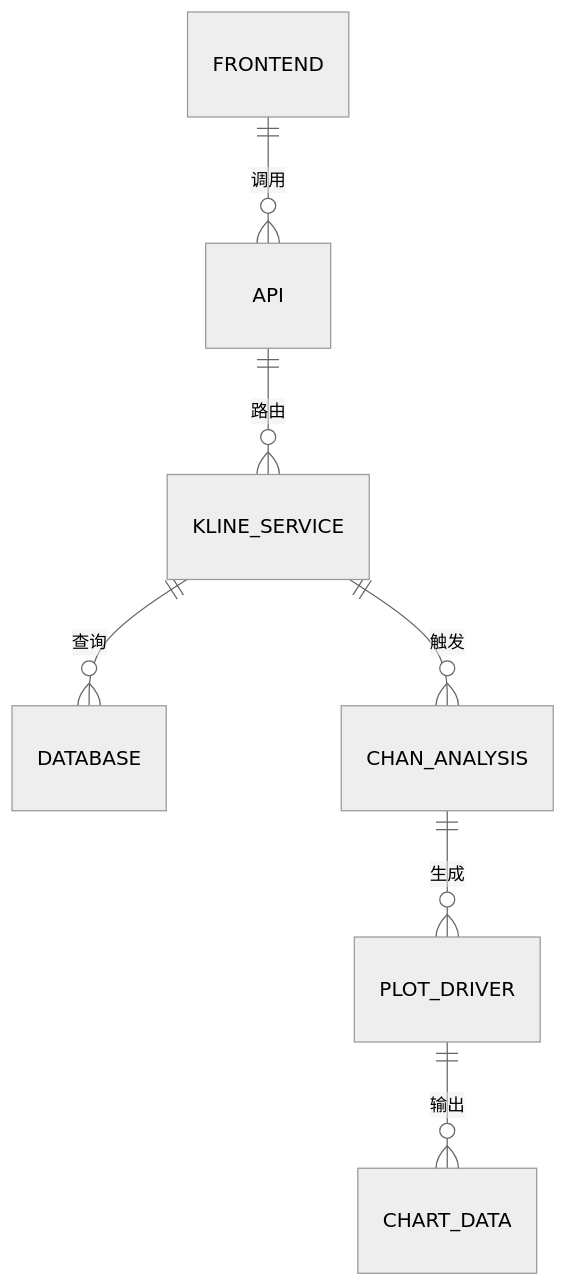
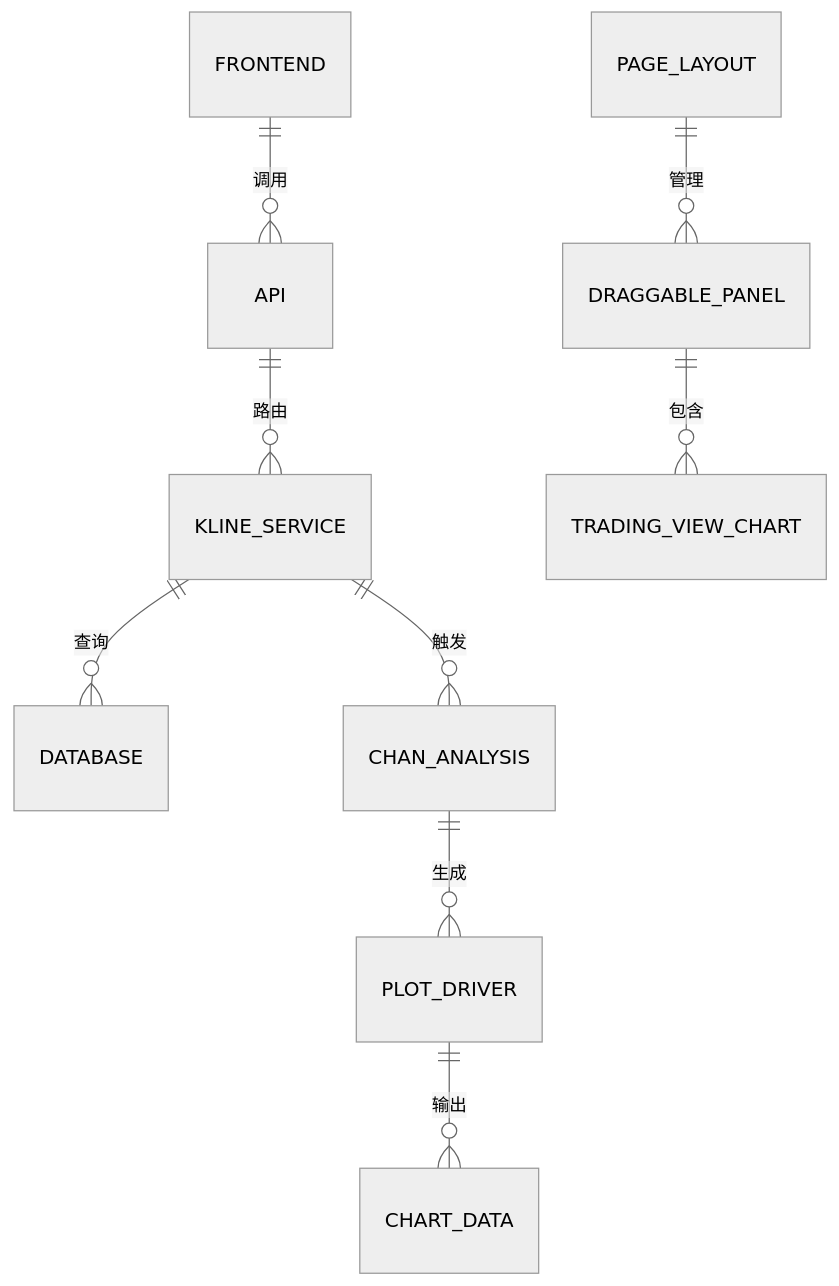
The seventh of 7 diagrams in .qoder/repowiki/zh/content/前端架构/交易图表集成.md (yjydmlh/turtle), drawn with Mermaid (neutral theme) before and after one commit. The commit also changed other lines of this file and 21 other files, not shown here.

````diff
--- a/.qoder/repowiki/zh/content/前端架构/交易图表集成.md
+++ b/.qoder/repowiki/zh/content/前端架构/交易图表集成.md
@@ -225,9 +237,11 @@
 ```mermaid
 erDiagram
 FRONTEND ||--o{ API : "调用"
 API ||--o{ KLINE_SERVICE : "路由"
 KLINE_SERVICE ||--o{ DATABASE : "查询"
 KLINE_SERVICE ||--o{ CHAN_ANALYSIS : "触发"
 CHAN_ANALYSIS ||--o{ PLOT_DRIVER : "生成"
 PLOT_DRIVER ||--o{ CHART_DATA : "输出"
+DRAGGABLE_PANEL ||--o{ TRADING_VIEW_CHART : "包含"
+PAGE_LAYOUT ||--o{ DRAGGABLE_PANEL : "管理"
 ```
````
